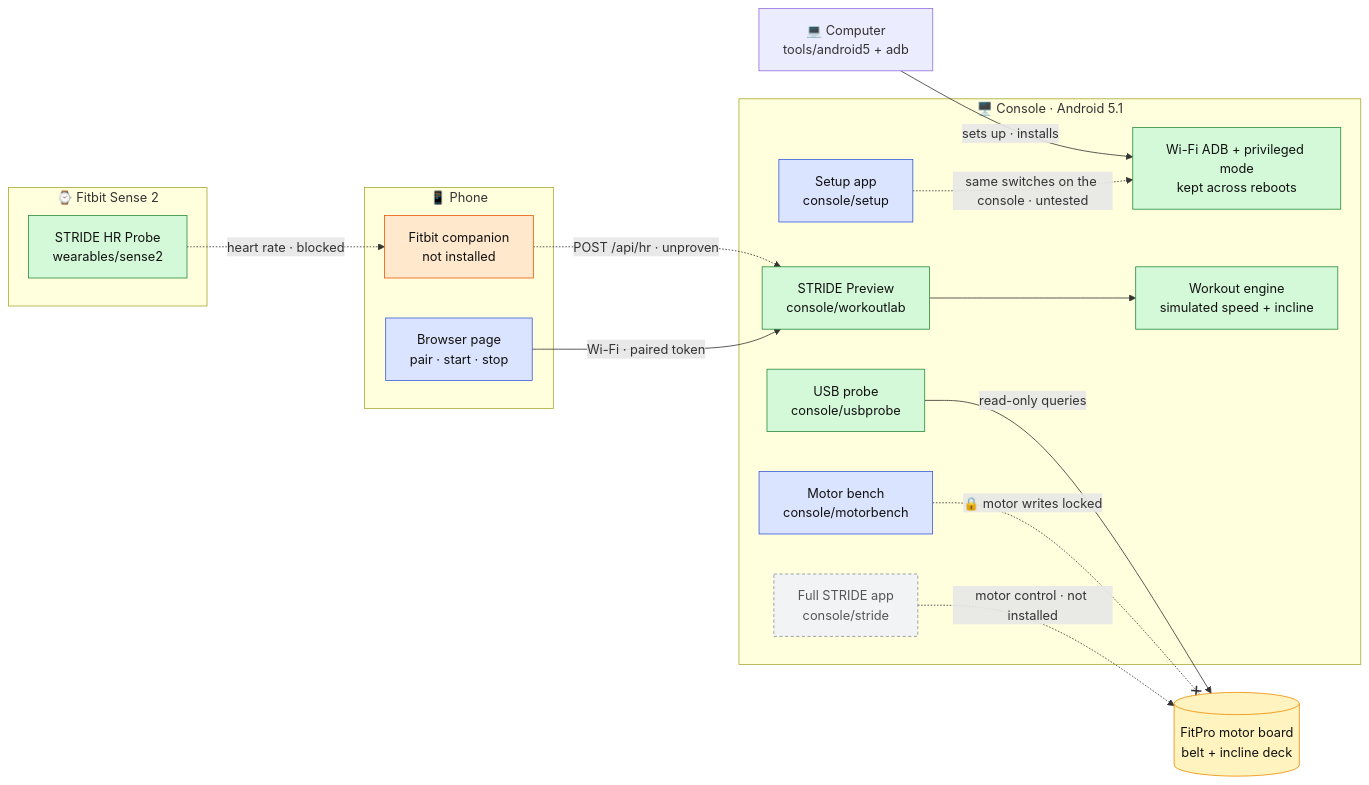
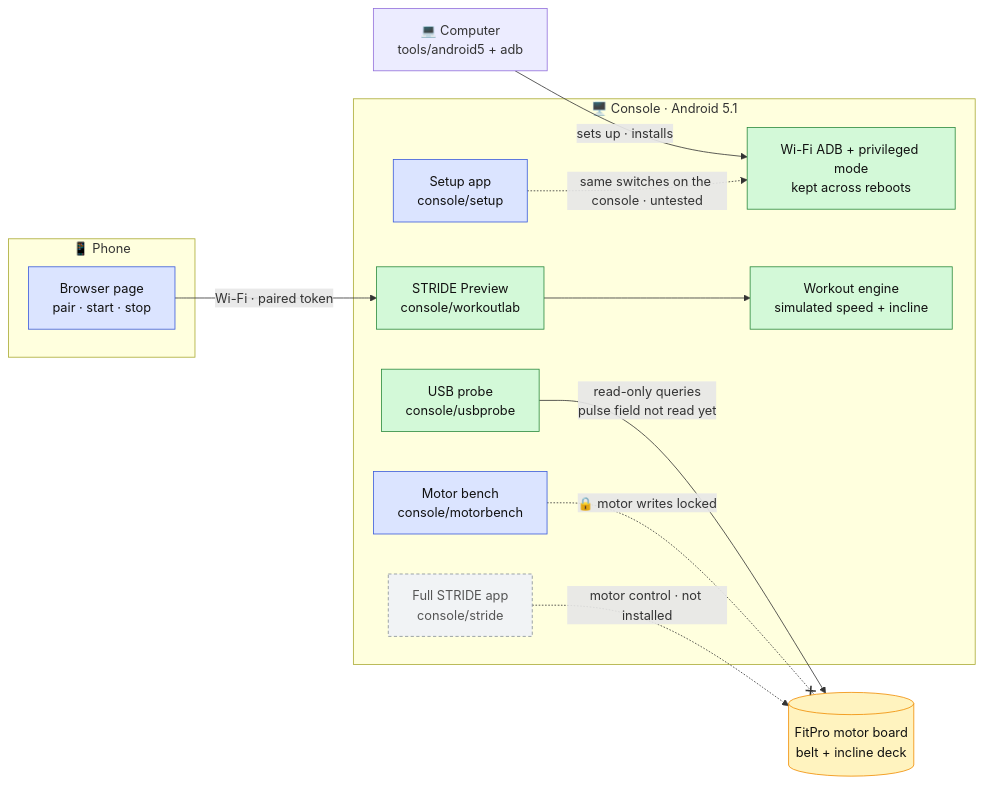
The diagram in README.md (jmonrove/strideApp), drawn with Mermaid before and after one commit. The commit also changed other lines of this file and 30 other files, not shown here.

````diff
--- a/README.md
+++ b/README.md
@@ -44,42 +43,34 @@
 ```mermaid
 flowchart LR
     computer["💻 Computer<br/>tools/android5 + adb"]
-    subgraph watch["⌚ Fitbit Sense 2"]
-        hrprobe["STRIDE HR Probe<br/>wearables/sense2"]
-    end
     subgraph phone["📱 Phone"]
-        companion["Fitbit companion<br/>not installed"]
         page["Browser page<br/>pair · start · stop"]
     end
     subgraph console["🖥️ Console · Android 5.1"]
         access["Wi-Fi ADB + privileged mode<br/>kept across reboots"]
         setup["Setup app<br/>console/setup"]
         lab["STRIDE Preview<br/>console/workoutlab"]
         engine["Workout engine<br/>simulated speed + incline"]
         usbprobe["USB probe<br/>console/usbprobe"]
         bench["Motor bench<br/>console/motorbench"]
         stride["Full STRIDE app<br/>console/stride"]
     end
     board[("FitPro motor board<br/>belt + incline deck")]
 
     computer -- "sets up · installs" --> access
     setup -. "same switches on the console · untested" .-> access
-    hrprobe -. "heart rate · blocked" .-> companion
-    companion -. "POST /api/hr · unproven" .-> lab
     page -- "Wi-Fi · paired token" --> lab
     lab --> engine
-    usbprobe -- "read-only queries" --> board
+    usbprobe -- "read-only queries<br/>pulse field not read yet" --> board
     bench -. "🔒 motor writes locked" .-x board
     stride -. "motor control · not installed" .-> board
 
     classDef verified fill:#d3f9d8,stroke:#2b8a3e,color:#111
     classDef built fill:#dbe4ff,stroke:#3b5bdb,color:#111
-    classDef blocked fill:#ffe8cc,stroke:#e8590c,color:#111
     classDef inherited fill:#f1f3f5,stroke:#868e96,color:#555,stroke-dasharray:4 3
     classDef hardware fill:#fff3bf,stroke:#f08c00,color:#111
-    class hrprobe,access,lab,engine,usbprobe verified
+    class access,lab,engine,usbprobe verified
     class page,setup,bench built
-    class companion blocked
     class stride inherited
     class board hardware
 ```
````
